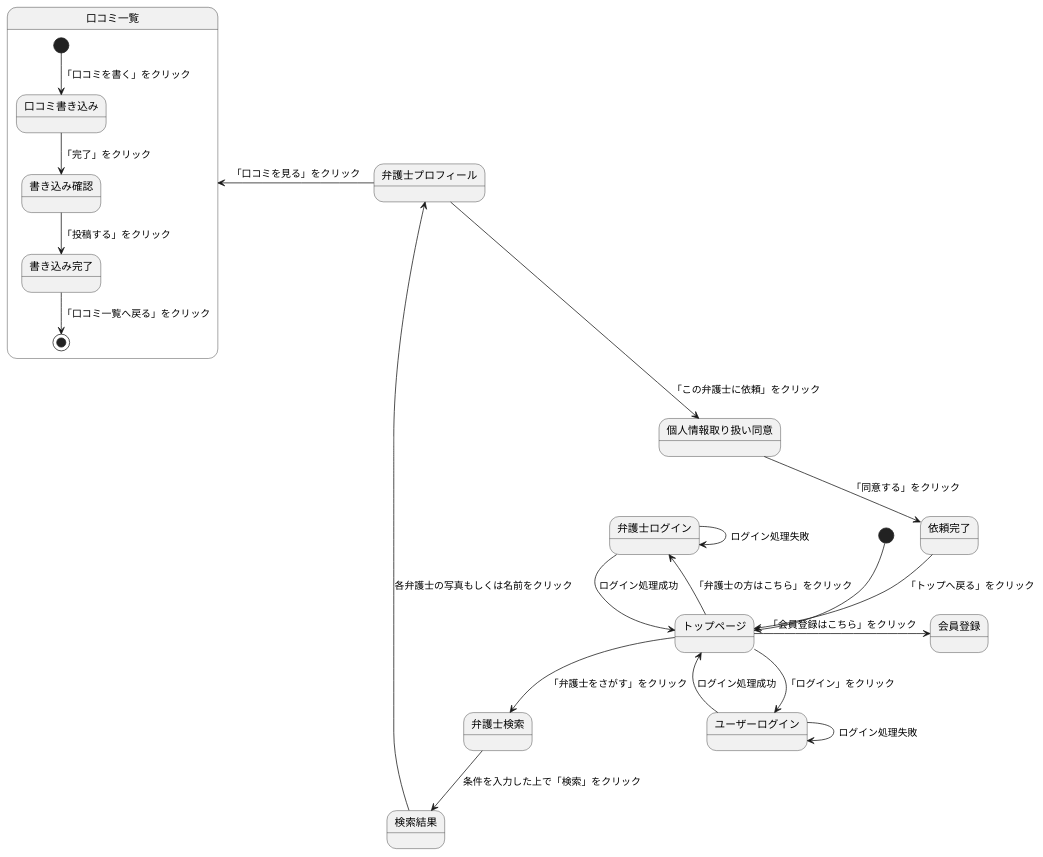
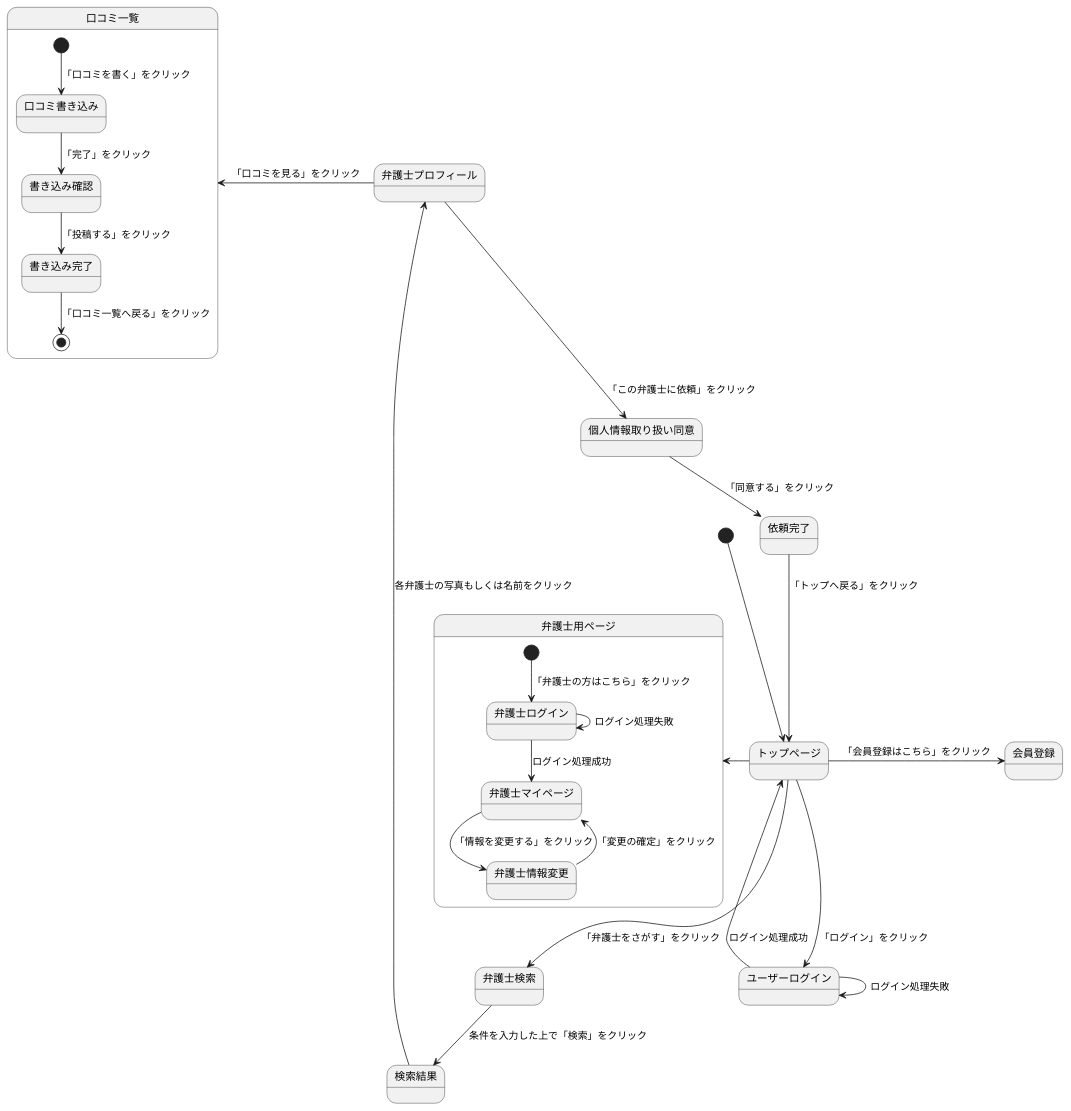
One commit to Aso2001374/2021sys-design changed the diagram in 0524kadai.md. Above: the diagram before and after it, drawn with PlantUML.

````diff
--- a/0524kadai.md
+++ b/0524kadai.md
@@ -1,29 +1,35 @@
 ```uml
 @startuml
 [*] --> トップページ
 トップページ -> 会員登録:「会員登録はこちら」をクリック
 トップページ --> ユーザーログイン:「ログイン」をクリック
 ユーザーログイン--> トップページ: ログイン処理成功
 ユーザーログイン--> ユーザーログイン: ログイン処理失敗
 
-トップページ -left-> 弁護士ログイン:「弁護士の方はこちら」をクリック
-弁護士ログイン--> トップページ: ログイン処理成功
+トップページ -left-> 弁護士用ページ
+state 弁護士用ページ{
+[*] --> 弁護士ログイン:「弁護士の方はこちら」をクリック
 弁護士ログイン--> 弁護士ログイン: ログイン処理失敗
+弁護士ログイン--> 弁護士マイページ: ログイン処理成功
+弁護士マイページ--> 弁護士情報変更: 「情報を変更する」をクリック
+弁護士情報変更--> 弁護士マイページ: 「変更の確定」をクリック
+}
+
 
 トップページ --> 弁護士検索:「弁護士をさがす」をクリック
 弁護士検索 --> 検索結果: 条件を入力した上で「検索」をクリック
 検索結果 -down-> 弁護士プロフィール: 各弁護士の写真もしくは名前をクリック
 弁護士プロフィール -left-> 口コミ一覧:「口コミを見る」をクリック
 弁護士プロフィール --> 個人情報取り扱い同意:「この弁護士に依頼」をクリック
 個人情報取り扱い同意-->依頼完了:「同意する」をクリック
 依頼完了-->トップページ:「トップへ戻る」をクリック
 
 state 口コミ一覧{
 [*] --> 口コミ書き込み:「口コミを書く」をクリック
 口コミ書き込み --> 書き込み確認:「完了」をクリック
 書き込み確認 --> 書き込み完了:「投稿する」をクリック
 書き込み完了 --> [*]:「口コミ一覧へ戻る」をクリック
 }
 
 @enduml
 ```
````
